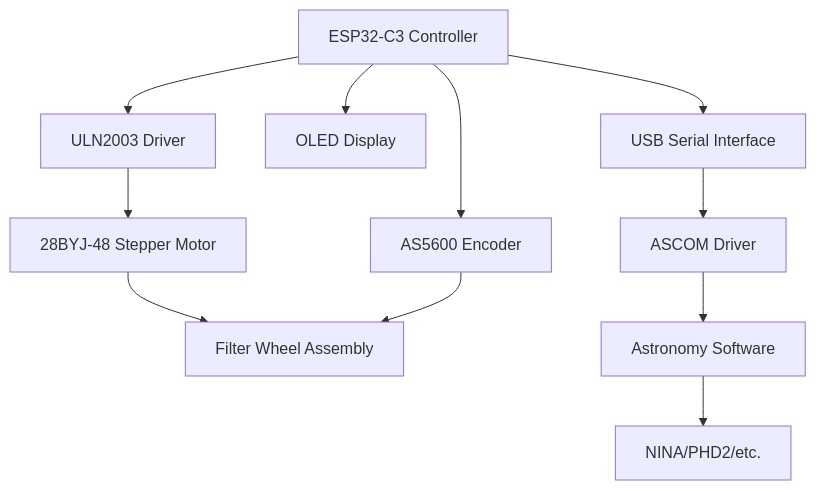
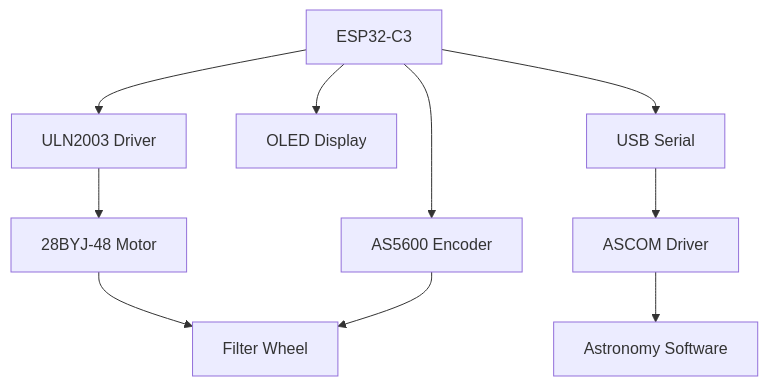
The diagram in docs/index.md (juanjol/autoFilterWheel), drawn with Mermaid before and after one commit. The commit also changed other lines of this file and 17 other files, not shown here.

````diff
--- a/docs/index.md
+++ b/docs/index.md
@@ -137,13 +120,12 @@
 ```mermaid
 graph TB
-    A[ESP32-C3 Controller] --> B[ULN2003 Driver]
-    B --> C[28BYJ-48 Stepper Motor]
-    C --> D[Filter Wheel Assembly]
+    A[ESP32-C3] --> B[ULN2003 Driver]
+    B --> C[28BYJ-48 Motor]
+    C --> D[Filter Wheel]
     A --> E[AS5600 Encoder]
     E --> D
     A --> F[OLED Display]
-    A --> G[USB Serial Interface]
+    A --> G[USB Serial]
     G --> H[ASCOM Driver]
     H --> I[Astronomy Software]
-    I --> J[NINA/PHD2/etc.]
 ```
````
